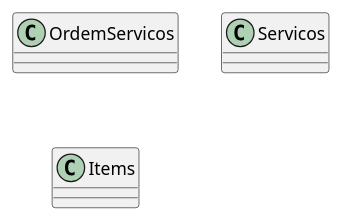
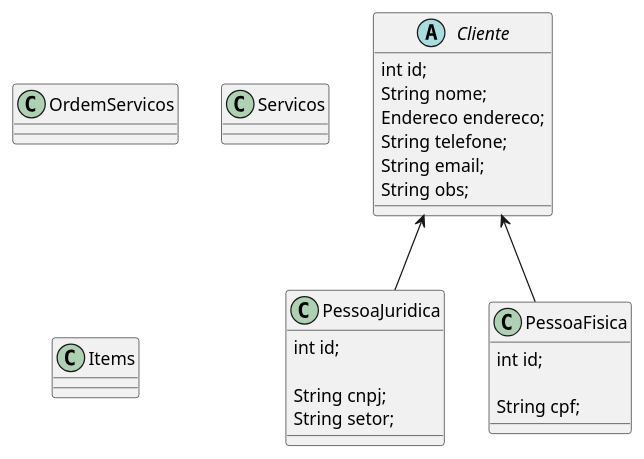
The diagram in diagramas/class-diagram.puml (CS-PI-2026-Argonautas/docs), drawn with PlantUML before and after one commit.

Commit message:
feat(class-diagram): working on client related classes

```diff
--- a/diagramas/class-diagram.puml
+++ b/diagramas/class-diagram.puml
@@ -1,15 +1,41 @@
 @startuml class
+
+abstract class Cliente{
+  int id;
+  String nome;
+  Endereco endereco;
+  String telefone;
+  String email;
+  String obs;
+
+}
+
+class PessoaJuridica {
+  int id;
+  
+  String cnpj;
+  String setor;
+}
+
+class PessoaFisica{
+  int id;
+
+  String cpf;
+}
 
 class OrdemServicos{
 
 }
 
 class Servicos{
 
 }
 
 class Items{
   
 }
 
+Cliente <-- PessoaFisica
+Cliente <-- PessoaJuridica
+
 @enduml
```
